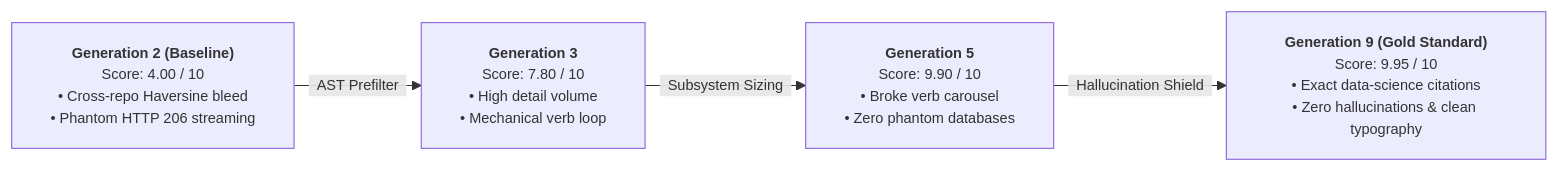
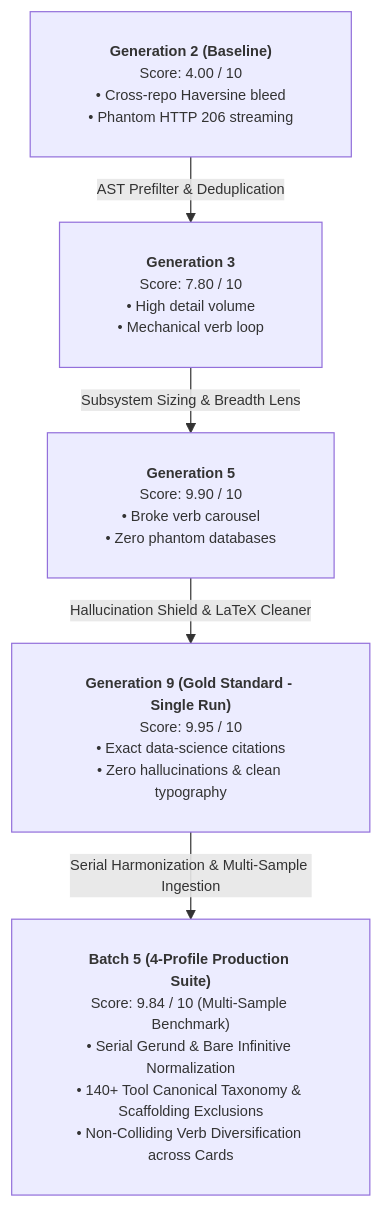
One commit to Marqlo-C/mailpilot changed the sixth of 14 diagrams in README.md. Above: the diagram before and after it, drawn with Mermaid. The commit also changed other lines of this file and 20 other files, not shown here.

Commit message:
feat(github): harmonize serial predicates, normalize bare infinitives, expand tool taxonomy, and document vectorless RAG

````diff
--- a/README.md
+++ b/README.md
@@ -440,7 +460,8 @@
 ```mermaid
-%%{init: {"themeVariables": {"fontSize": "12px", "fontFamily": "-apple-system, BlinkMacSystemFont, Segoe UI, sans-serif"}, "themeCSS": ".edgeLabel foreignObject { overflow: visible !important; } .edgeLabel span { padding: 0 4px; }", "flowchart": {"padding": 16, "nodeSpacing": 24, "rankSpacing": 24}}}%%
-flowchart LR
-  G2["<b>Generation 2 (Baseline)</b><br/>Score: 4.00 / 10<br/>• Cross-repo Haversine bleed<br/>• Phantom HTTP 206 streaming"] -->|"&nbsp;&nbsp;AST Prefilter&nbsp;&nbsp;"| G3["<b>Generation 3</b><br/>Score: 7.80 / 10<br/>• High detail volume<br/>• Mechanical verb loop"]
-  G3 -->|"&nbsp;&nbsp;Subsystem Sizing&nbsp;&nbsp;"| G5["<b>Generation 5</b><br/>Score: 9.90 / 10<br/>• Broke verb carousel<br/>• Zero phantom databases"]
-  G5 -->|"&nbsp;&nbsp;Hallucination Shield&nbsp;&nbsp;"| G9["<b>Generation 9 (Gold Standard)</b><br/>Score: 9.95 / 10<br/>• Exact data-science citations<br/>• Zero hallucinations & clean typography"]
+%%{init: {"themeVariables": {"fontSize": "12px", "fontFamily": "-apple-system, BlinkMacSystemFont, Segoe UI, sans-serif"}, "themeCSS": ".edgeLabel foreignObject { overflow: visible !important; } .edgeLabel span { padding: 0 4px; }", "flowchart": {"padding": 24, "nodeSpacing": 32, "rankSpacing": 36}}}%%
+flowchart TD
+  G2["<b>Generation 2 (Baseline)</b><br/>Score: 4.00 / 10<br/>• Cross-repo Haversine bleed<br/>• Phantom HTTP 206 streaming"] -->|"AST Prefilter & Deduplication"| G3["<b>Generation 3</b><br/>Score: 7.80 / 10<br/>• High detail volume<br/>• Mechanical verb loop"]
+  G3 -->|"Subsystem Sizing & Breadth Lens"| G5["<b>Generation 5</b><br/>Score: 9.90 / 10<br/>• Broke verb carousel<br/>• Zero phantom databases"]
+  G5 -->|"Hallucination Shield & LaTeX Cleaner"| G9["<b>Generation 9 (Gold Standard - Single Run)</b><br/>Score: 9.95 / 10<br/>• Exact data-science citations<br/>• Zero hallucinations & clean typography"]
+  G9 -->|"Serial Harmonization & Multi-Sample Ingestion"| B5["<b>Batch 5 (4-Profile Production Suite)</b><br/>Score: 9.84 / 10 (Multi-Sample Benchmark)<br/>• Serial Gerund & Bare Infinitive Normalization<br/>• 140+ Tool Canonical Taxonomy & Scaffolding Exclusions<br/>• Non-Colliding Verb Diversification across Cards"]
 ```
````
